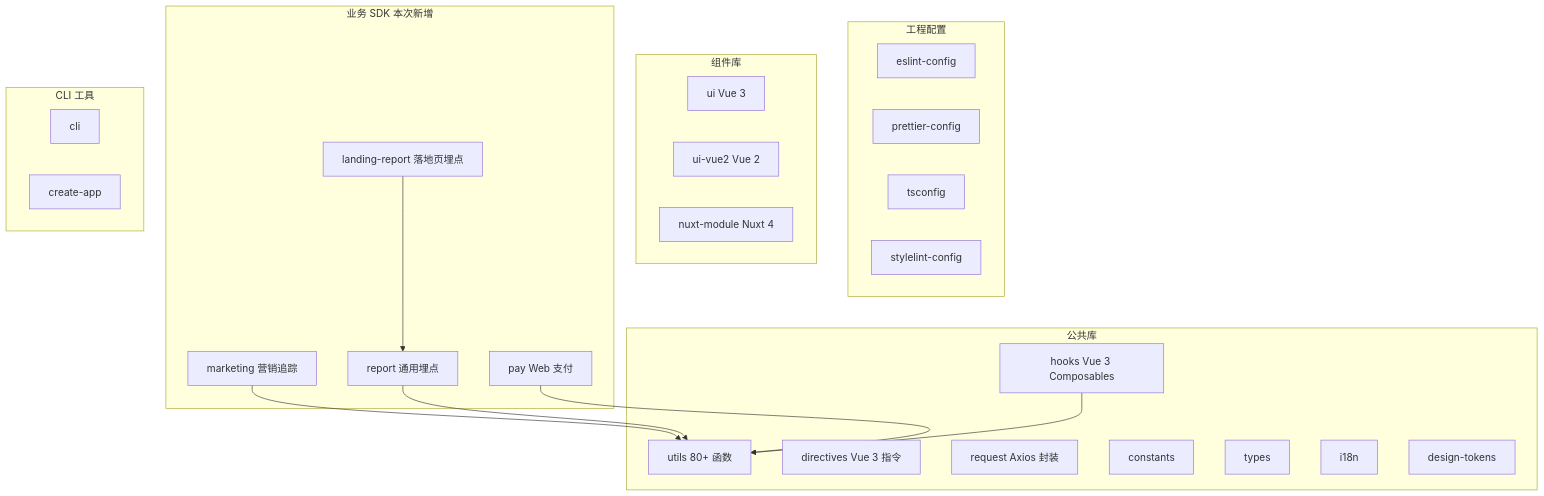
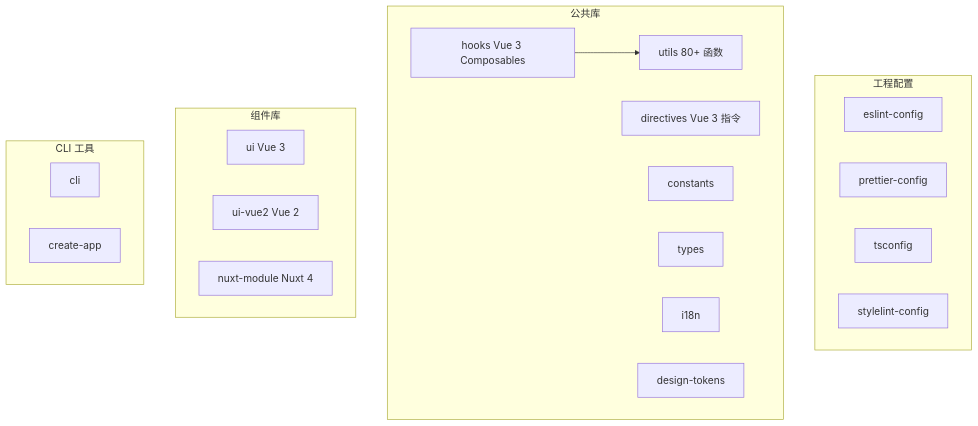
The second of 3 diagrams in docs/SPEAK.md (RyenToretto/ku-utils), drawn with Mermaid before and after one commit. The commit also changed other lines of this file and 145 other files, not shown here.

First line of the commit message:
chore: 移除 report、landing-report、request、marketing、pay 包

````diff
--- a/docs/SPEAK.md
+++ b/docs/SPEAK.md
@@ -58,44 +58,32 @@
 ```mermaid
 graph TD
   subgraph cfg [工程配置]
     EsLint[eslint-config]
     Prettier[prettier-config]
     TsConfig[tsconfig]
     Stylelint[stylelint-config]
   end
 
   subgraph lib [公共库]
     Utils[utils 80+ 函数]
     Hooks[hooks Vue 3 Composables]
     Directives[directives Vue 3 指令]
-    Request[request Axios 封装]
     Constants[constants]
     Types[types]
     I18n[i18n]
     DesignTokens[design-tokens]
   end
 
   subgraph ui [组件库]
     UI[ui Vue 3]
     UIVue2[ui-vue2 Vue 2]
     NuxtModule[nuxt-module Nuxt 4]
   end
 
-  subgraph sdk [业务 SDK 本次新增]
-    Marketing[marketing 营销追踪]
-    Report[report 通用埋点]
-    LandingReport[landing-report 落地页埋点]
-    Pay[pay Web 支付]
-  end
-
   subgraph cli [CLI 工具]
     Cli[cli]
     CreateApp[create-app]
   end
 
-  Marketing --> Utils
-  Report --> Utils
-  LandingReport --> Report
-  Pay --> Utils
   Hooks --> Utils
 ```
````
